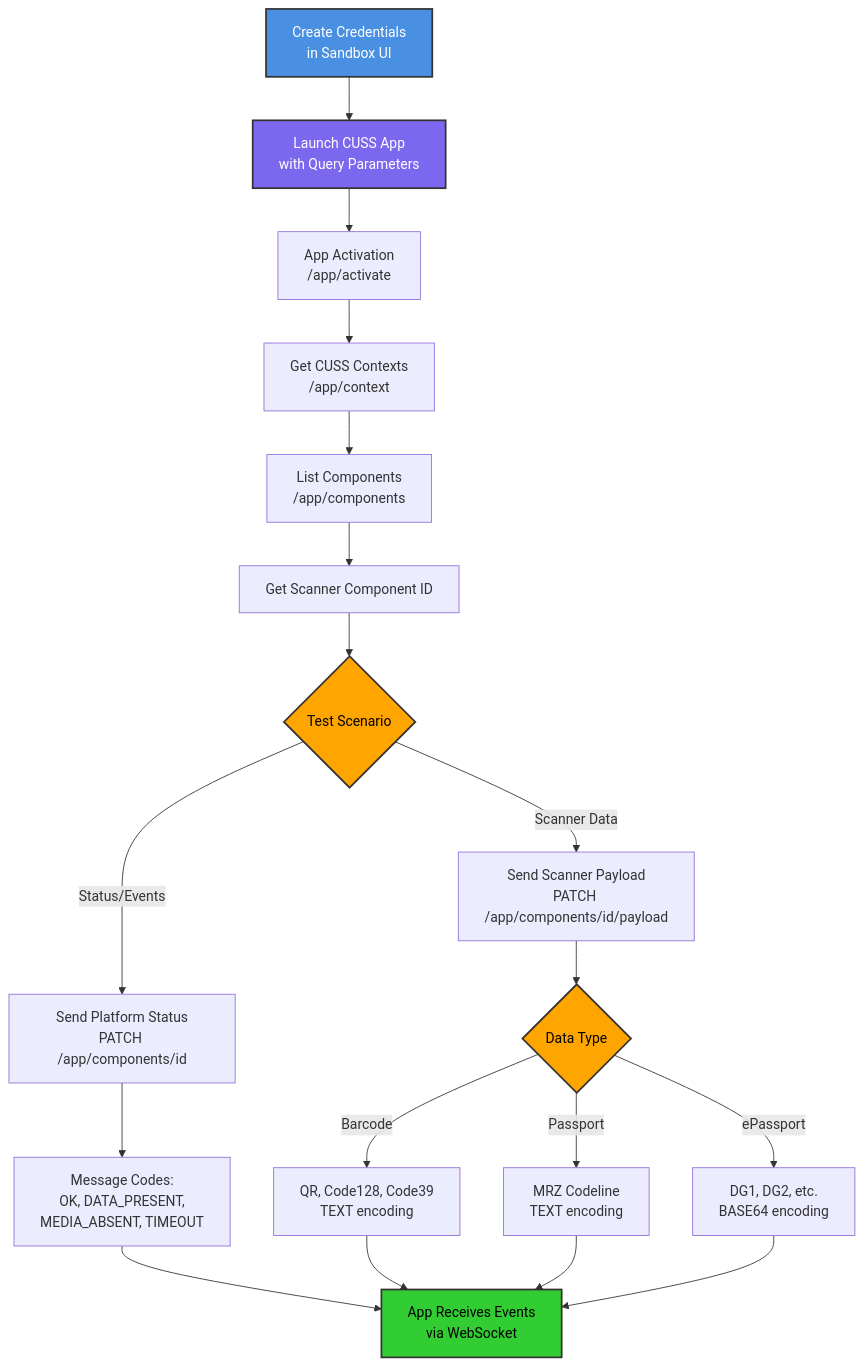
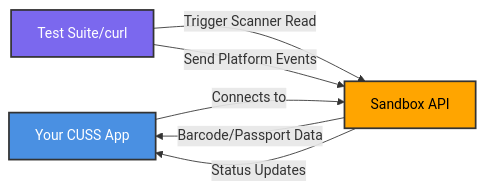
Before and after one commit to elevationai/CUSS2-Sandbox-Docs: the diagram in README.md, drawn with Mermaid. The commit also changed other lines of this file, not shown here.

Commit message:
Simplify diagram to show high-level testing flow
Replaced detailed technical workflow with a simpler diagram
focusing on the core testing concept: app connects to sandbox,
test suite triggers events, app receives data.

````diff
--- a/README.md
+++ b/README.md
@@ -5,30 +5,12 @@
 ```mermaid
-flowchart TB
-    A[Create Credentials<br/>in Sandbox UI] --> B[Launch CUSS App<br/>with Query Parameters]
-    B --> C[App Activation<br/>/app/activate]
-    C --> D[Get CUSS Contexts<br/>/app/context]
-    D --> E[List Components<br/>/app/components]
-    E --> F[Get Scanner Component ID]
-    F --> G{Test Scenario}
-    
-    G -->|Status/Events| H[Send Platform Status<br/>PATCH /app/components/id]
-    G -->|Scanner Data| I[Send Scanner Payload<br/>PATCH /app/components/id/payload]
-    
-    H --> H1[Message Codes:<br/>OK, DATA_PRESENT,<br/>MEDIA_ABSENT, TIMEOUT]
-    
-    I --> I1{Data Type}
-    I1 -->|Barcode| J[QR, Code128, Code39<br/>TEXT encoding]
-    I1 -->|Passport| K[MRZ Codeline<br/>TEXT encoding]
-    I1 -->|ePassport| L[DG1, DG2, etc.<br/>BASE64 encoding]
-    
-    H1 --> M[App Receives Events<br/>via WebSocket]
-    J --> M
-    K --> M
-    L --> M
+flowchart LR
+    A[Your CUSS App] -->|Connects to| B[Sandbox API]
+    C[Test Suite/curl] -->|Trigger Scanner Read| B
+    C -->|Send Platform Events| B
+    B -->|Barcode/Passport Data| A
+    B -->|Status Updates| A
     
     style A fill:#4a90e2,stroke:#333,stroke-width:2px,color:#fff
-    style B fill:#7b68ee,stroke:#333,stroke-width:2px,color:#fff
-    style M fill:#32cd32,stroke:#333,stroke-width:2px,color:#000
-    style G fill:#ffa500,stroke:#333,stroke-width:2px,color:#000
-    style I1 fill:#ffa500,stroke:#333,stroke-width:2px,color:#000
+    style B fill:#ffa500,stroke:#333,stroke-width:2px,color:#000
+    style C fill:#7b68ee,stroke:#333,stroke-width:2px,color:#fff
 ```
````
